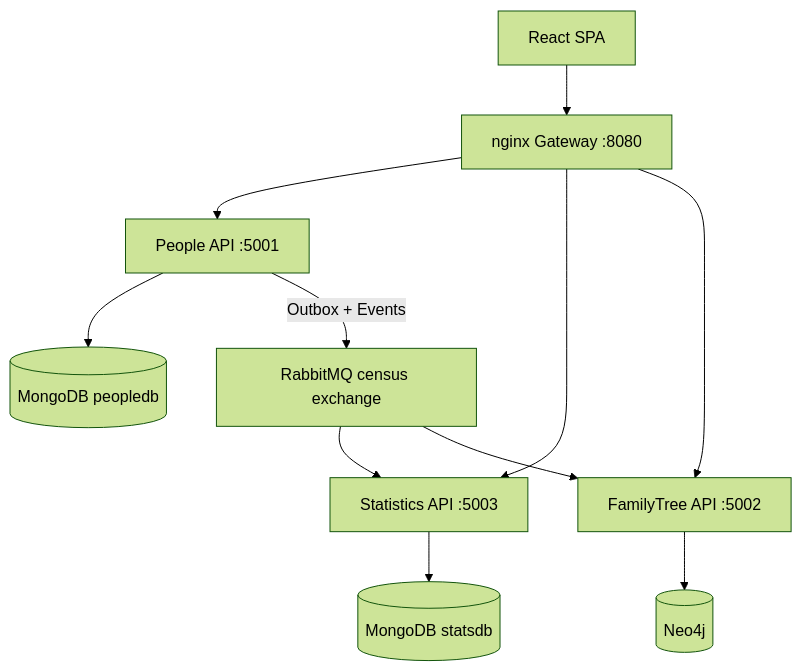
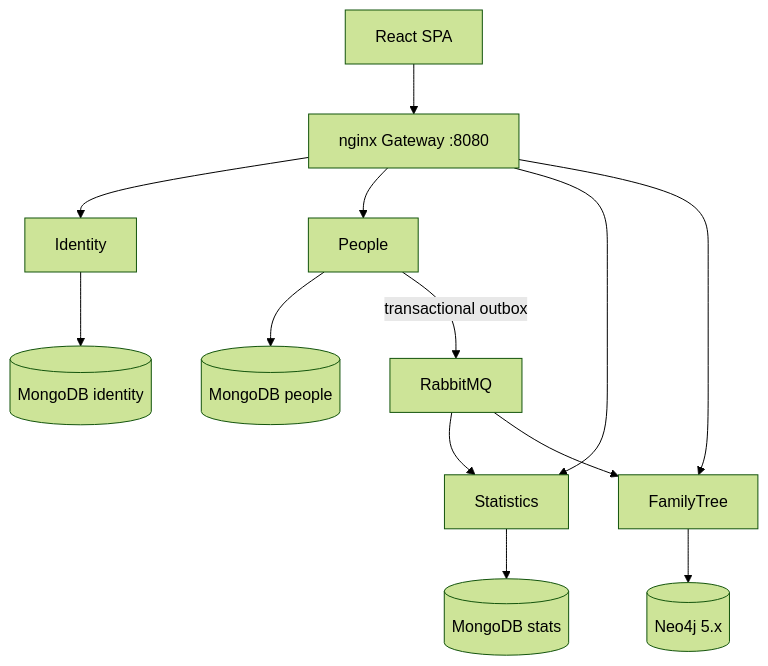
The diagram in README.md (hllustosa/censo-demografico), drawn with Mermaid (forest theme) before and after one commit. The commit also changed other lines of this file and 93 other files, not shown here.

````diff
--- a/README.md
+++ b/README.md
@@ -19,23 +34,27 @@
 ```mermaid
 flowchart TB
-    Browser[React SPA]
-    Nginx[nginx Gateway :8080]
-    People[People API :5001]
-    Stats[Statistics API :5003]
-    Family[FamilyTree API :5002]
-    MongoPeople[(MongoDB peopledb)]
-    MongoStats[(MongoDB statsdb)]
-    Neo4j[(Neo4j)]
-    RabbitMQ[RabbitMQ census exchange]
+  Browser[React SPA]
+  Nginx[nginx Gateway :8080]
+  Identity[Identity]
+  People[People]
+  Stats[Statistics]
+  Family[FamilyTree]
+  MongoP[(MongoDB people)]
+  MongoS[(MongoDB stats)]
+  MongoI[(MongoDB identity)]
+  Neo4j[(Neo4j 5.x)]
+  RabbitMQ[RabbitMQ]
 
-    Browser --> Nginx
-    Nginx --> People
-    Nginx --> Stats
-    Nginx --> Family
-    People --> MongoPeople
-    Stats --> MongoStats
-    Family --> Neo4j
-    People -->|Outbox + Events| RabbitMQ
-    RabbitMQ --> Stats
-    RabbitMQ --> Family
+  Browser --> Nginx
+  Nginx --> Identity
+  Nginx --> People
+  Nginx --> Stats
+  Nginx --> Family
+  People --> MongoP
+  Stats --> MongoS
+  Identity --> MongoI
+  Family --> Neo4j
+  People -->|transactional outbox| RabbitMQ
+  RabbitMQ --> Stats
+  RabbitMQ --> Family
 ```
````
